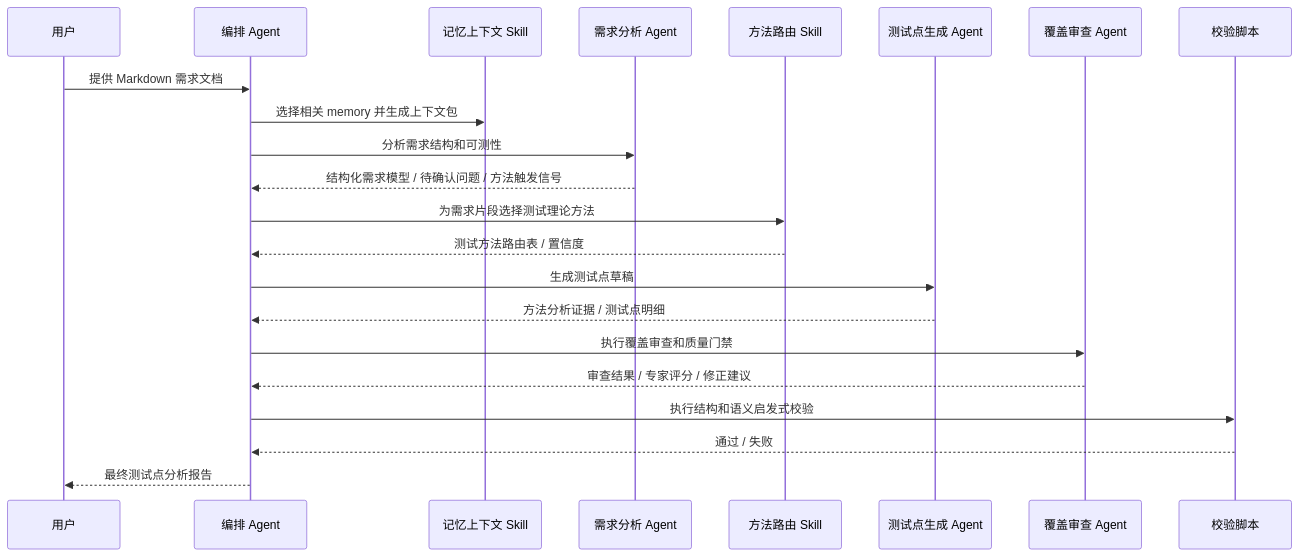
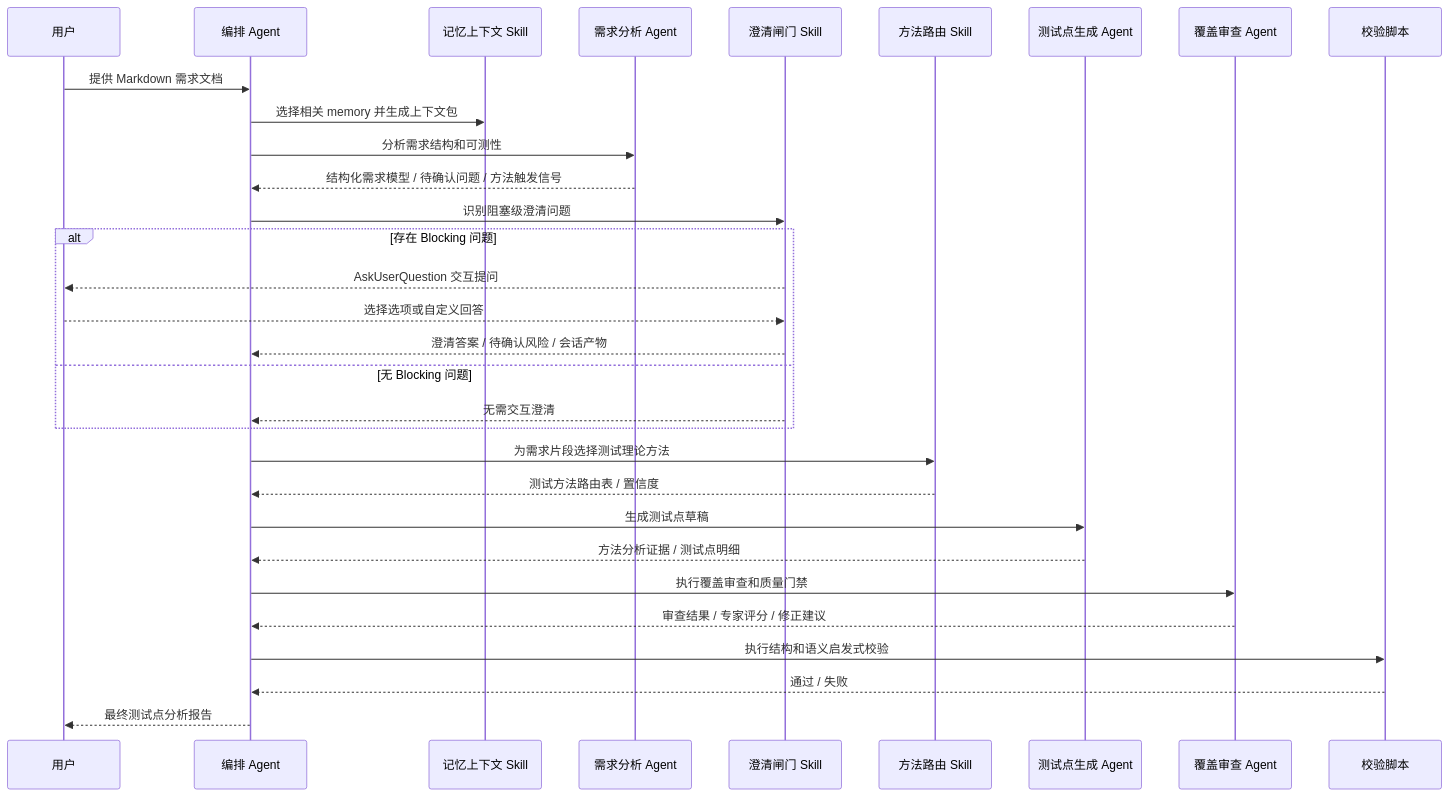
One commit to szluoqy-byte/Test-Analysis-Agent changed the fourth of 8 diagrams in docs/test-analysis-agent-design.md. Above: the diagram before and after it, drawn with Mermaid. The commit also changed other lines of this file and 19 other files, not shown here.

````diff
--- a/docs/test-analysis-agent-design.md
+++ b/docs/test-analysis-agent-design.md
@@ -190,25 +199,34 @@
 ```mermaid
 sequenceDiagram
   participant U as 用户
   participant O as 编排 Agent
   participant M as 记忆上下文 Skill
   participant R as 需求分析 Agent
+  participant C as 澄清闸门 Skill
   participant T as 方法路由 Skill
   participant G as 测试点生成 Agent
   participant Q as 覆盖审查 Agent
   participant L as 校验脚本
 
   U->>O: 提供 Markdown 需求文档
   O->>M: 选择相关 memory 并生成上下文包
   O->>R: 分析需求结构和可测性
   R-->>O: 结构化需求模型 / 待确认问题 / 方法触发信号
+  O->>C: 识别阻塞级澄清问题
+  alt 存在 Blocking 问题
+    C-->>U: AskUserQuestion 交互提问
+    U-->>C: 选择选项或自定义回答
+    C-->>O: 澄清答案 / 待确认风险 / 会话产物
+  else 无 Blocking 问题
+    C-->>O: 无需交互澄清
+  end
   O->>T: 为需求片段选择测试理论方法
   T-->>O: 测试方法路由表 / 置信度
   O->>G: 生成测试点草稿
   G-->>O: 方法分析证据 / 测试点明细
   O->>Q: 执行覆盖审查和质量门禁
   Q-->>O: 审查结果 / 专家评分 / 修正建议
   O->>L: 执行结构和语义启发式校验
   L-->>O: 通过 / 失败
   O-->>U: 最终测试点分析报告
 ```
````
